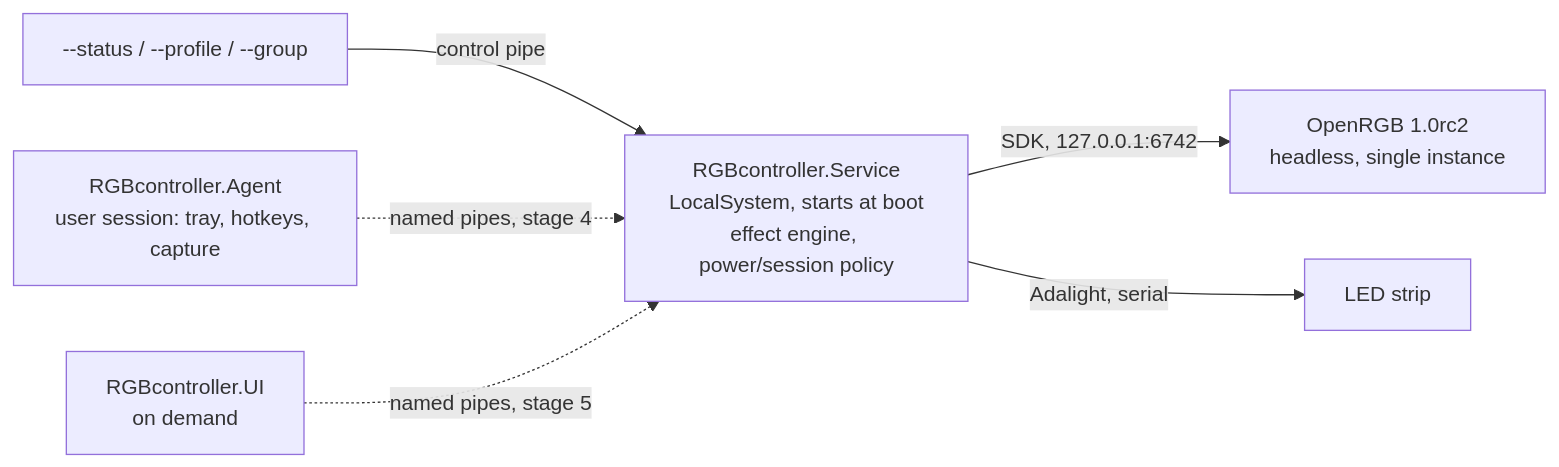
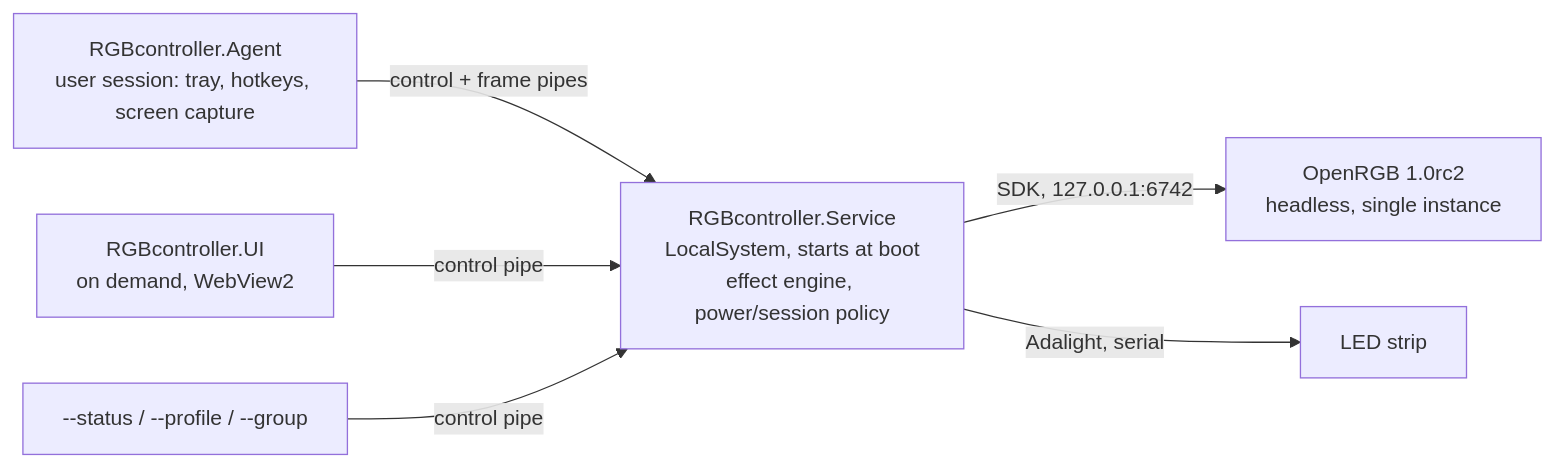
One commit to Radek-Wojcik/RGBcontroller changed the diagram in README.md. Above: the diagram before and after it, drawn with Mermaid. The commit also changed other lines of this file and 3 other files, not shown here.

````diff
--- a/README.md
+++ b/README.md
@@ -59,8 +45,8 @@
 ```mermaid
 flowchart LR
     S[RGBcontroller.Service<br/>LocalSystem, starts at boot<br/>effect engine, power/session policy] -->|SDK, 127.0.0.1:6742| O[OpenRGB 1.0rc2<br/>headless, single instance]
     S -->|Adalight, serial| L[LED strip]
+    A[RGBcontroller.Agent<br/>user session: tray, hotkeys, screen capture] -->|control + frame pipes| S
+    U[RGBcontroller.UI<br/>on demand, WebView2] -->|control pipe| S
     C[--status / --profile / --group] -->|control pipe| S
-    A[RGBcontroller.Agent<br/>user session: tray, hotkeys, capture] -.->|named pipes, stage 4| S
-    U[RGBcontroller.UI<br/>on demand] -.->|named pipes, stage 5| S
 ```
````
